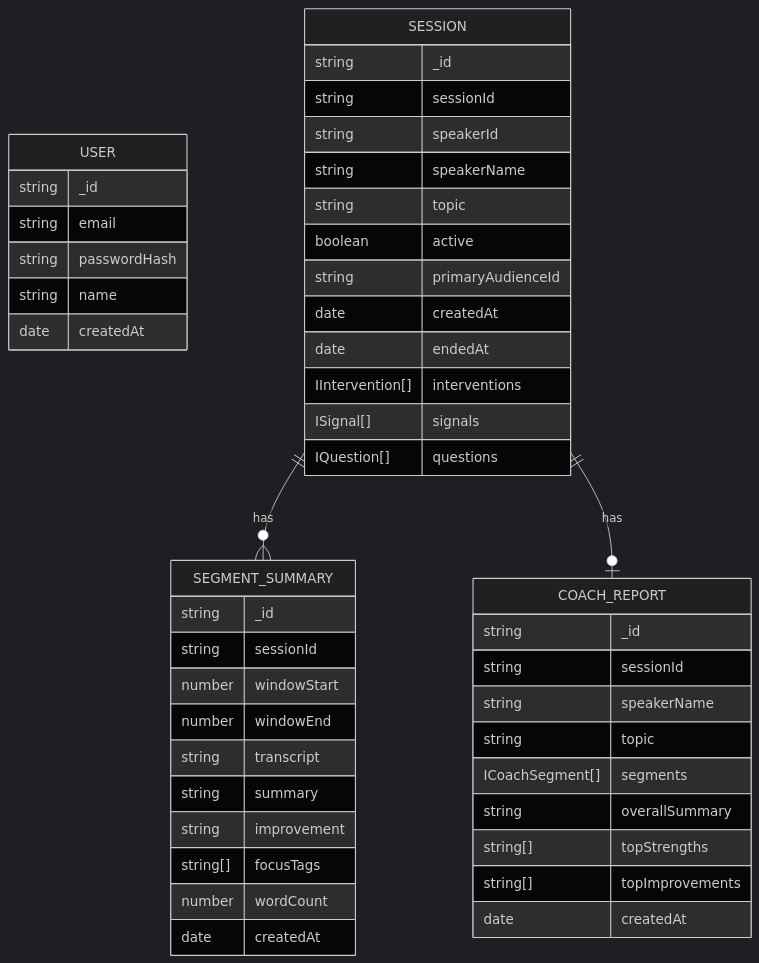
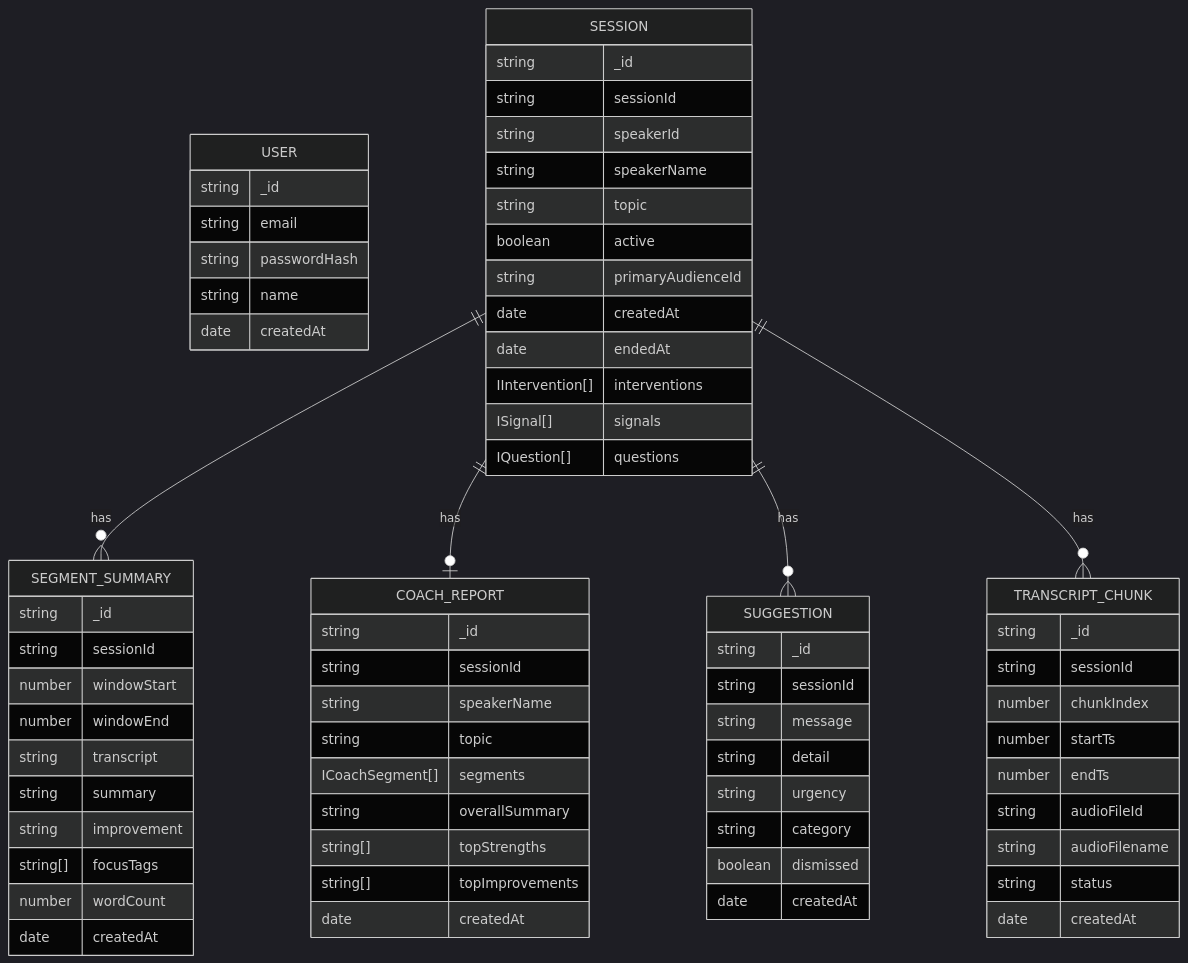
One commit to arvinder004/PULSE_HACKBYTE4.0 changed the eighth of 9 diagrams in PULSE_ARCHITECTUREPLAN.md. Above: the diagram before and after it, drawn with Mermaid (dark theme). The commit also changed other lines of this file and 7 other files, not shown here.

First line of the commit message:
feat: Update documentation and architecture for PULSE

````diff
--- a/PULSE_ARCHITECTUREPLAN.md
+++ b/PULSE_ARCHITECTUREPLAN.md
@@ -353,53 +392,78 @@
 ```mermaid
 erDiagram
   USER {
     string _id
     string email
     string passwordHash
     string name
     date createdAt
   }
 
   SESSION {
     string _id
     string sessionId
     string speakerId
     string speakerName
     string topic
     boolean active
     string primaryAudienceId
     date createdAt
     date endedAt
     IIntervention[] interventions
     ISignal[] signals
     IQuestion[] questions
   }
 
   SEGMENT_SUMMARY {
     string _id
     string sessionId
     number windowStart
     number windowEnd
     string transcript
     string summary
     string improvement
     string[] focusTags
     number wordCount
     date createdAt
   }
 
   COACH_REPORT {
     string _id
     string sessionId
     string speakerName
     string topic
     ICoachSegment[] segments
     string overallSummary
     string[] topStrengths
     string[] topImprovements
     date createdAt
   }
 
+  SUGGESTION {
+    string _id
+    string sessionId
+    string message
+    string detail
+    string urgency
+    string category
+    boolean dismissed
+    date createdAt
+  }
+
+  TRANSCRIPT_CHUNK {
+    string _id
+    string sessionId
+    number chunkIndex
+    number startTs
+    number endTs
+    string audioFileId
+    string audioFilename
+    string status
+    date createdAt
+  }
+
   SESSION ||--o{ SEGMENT_SUMMARY : has
   SESSION ||--o| COACH_REPORT : has
+  SESSION ||--o{ SUGGESTION : has
+  SESSION ||--o{ TRANSCRIPT_CHUNK : has
 ```
````
